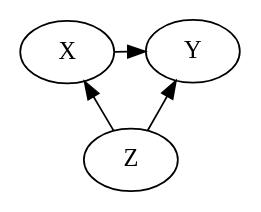
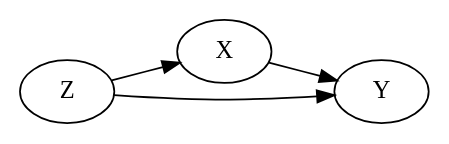
The first of 2 diagrams in reports/exploring-causality.qmd (vdeni/causal-inference_bayes-and-dags), drawn with Graphviz before and after one commit. The commit also changed other lines of this file and 2 other files, not shown here.

````diff
--- a/reports/exploring-causality.qmd
+++ b/reports/exploring-causality.qmd
@@ -26,9 +26,13 @@
 ```{dot}
-//| fig-align="center"
+//| fig-align: center
+//| fig-cap: Three variables, simple confounding.
+//| label: fig-three-var-confounding
+
 digraph G {
-    layout=neato
+    layout=dot;
+    rankdir=LR;
     X -> Y;
     Z -> X;
     Z -> Y;
 }
 ```
````
